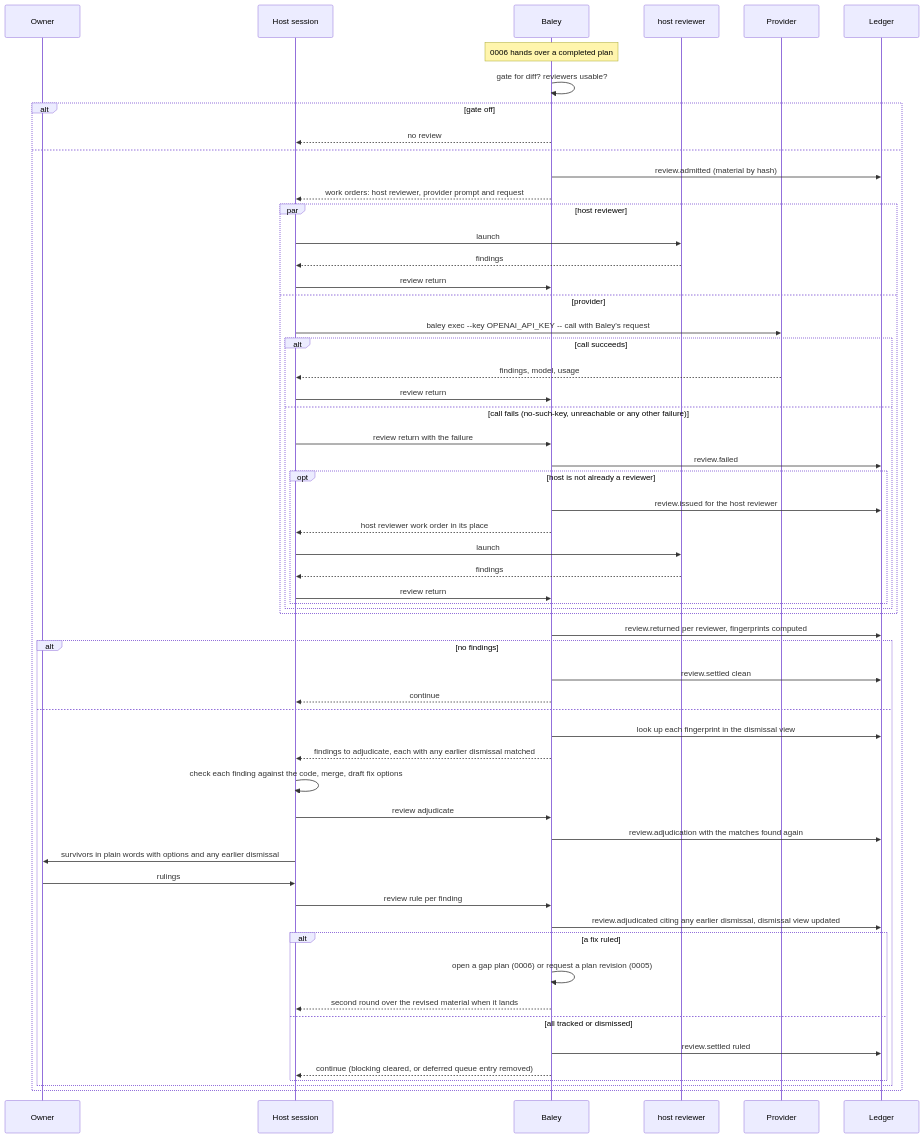
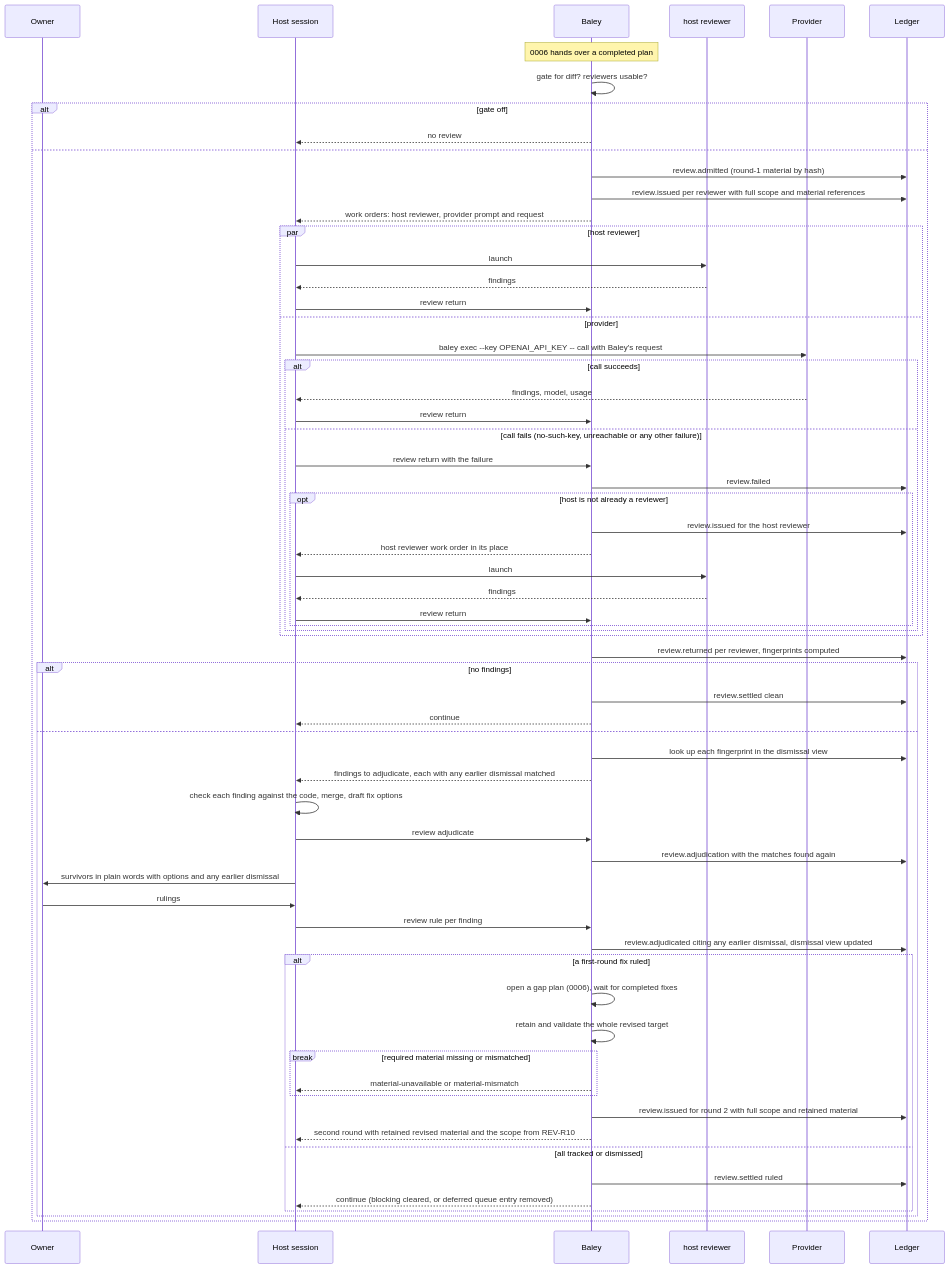
Before and after one commit to crenshawdev/baley: the fourth of 6 diagrams in docs/design/0008-review.md, drawn with Mermaid. The commit also changed other lines of this file and 1 other file, not shown here.

First line of the commit message:
docs(design): retain review scopes and round material

````diff
--- a/docs/design/0008-review.md
+++ b/docs/design/0008-review.md
@@ -261,60 +263,66 @@
 ```mermaid
 sequenceDiagram
   participant O as Owner
   participant H as Host session
   participant B as Baley
   participant R as host reviewer
   participant P as Provider
   participant L as Ledger
   Note over B: 0006 hands over a completed plan
   B->>B: gate for diff? reviewers usable?
   alt gate off
     B-->>H: no review
   else
-    B->>L: review.admitted (material by hash)
+    B->>L: review.admitted (round-1 material by hash)
+    B->>L: review.issued per reviewer with full scope and material references
     B-->>H: work orders: host reviewer, provider prompt and request
     par host reviewer
       H->>R: launch
       R-->>H: findings
       H->>B: review return
     and provider
       H->>P: baley exec --key OPENAI_API_KEY -- call with Baley's request
       alt call succeeds
         P-->>H: findings, model, usage
         H->>B: review return
       else call fails (no-such-key, unreachable or any other failure)
         H->>B: review return with the failure
         B->>L: review.failed
         opt host is not already a reviewer
           B->>L: review.issued for the host reviewer
           B-->>H: host reviewer work order in its place
           H->>R: launch
           R-->>H: findings
           H->>B: review return
         end
       end
     end
     B->>L: review.returned per reviewer, fingerprints computed
     alt no findings
       B->>L: review.settled clean
       B-->>H: continue
     else
       B->>L: look up each fingerprint in the dismissal view
       B-->>H: findings to adjudicate, each with any earlier dismissal matched
       H->>H: check each finding against the code, merge, draft fix options
       H->>B: review adjudicate
       B->>L: review.adjudication with the matches found again
       H->>O: survivors in plain words with options and any earlier dismissal
       O->>H: rulings
       H->>B: review rule per finding
       B->>L: review.adjudicated citing any earlier dismissal, dismissal view updated
-      alt a fix ruled
-        B->>B: open a gap plan (0006) or request a plan revision (0005)
-        B-->>H: second round over the revised material when it lands
+      alt a first-round fix ruled
+        B->>B: open a gap plan (0006), wait for completed fixes
+        B->>B: retain and validate the whole revised target
+        break required material missing or mismatched
+          B-->>H: material-unavailable or material-mismatch
+        end
+        B->>L: review.issued for round 2 with full scope and retained material
+        B-->>H: second round with retained revised material and the scope from REV-R10
       else all tracked or dismissed
         B->>L: review.settled ruled
         B-->>H: continue (blocking cleared, or deferred queue entry removed)
       end
     end
   end
 ```
````
